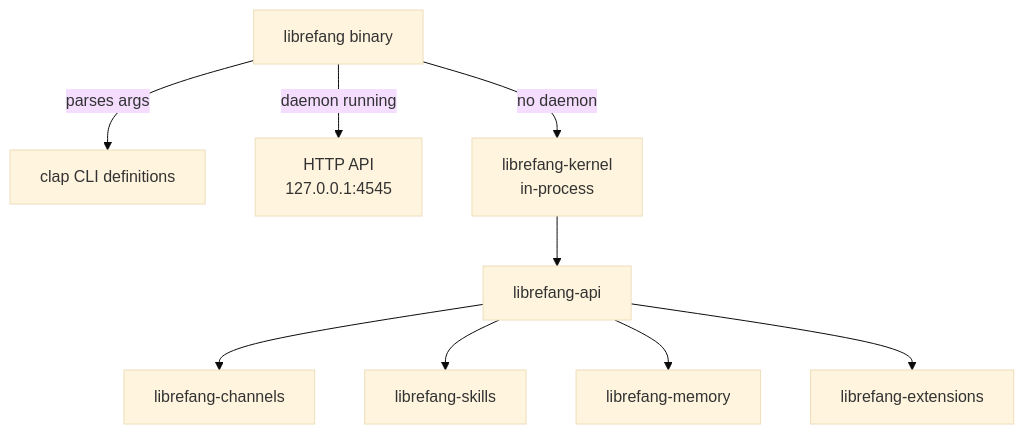
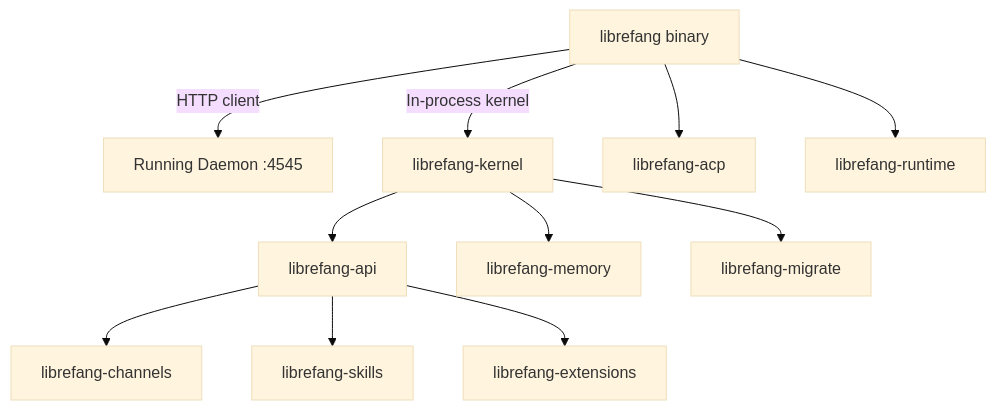
One commit to leszek3737/librefang-WIki changed the diagram in other-librefang-cli.md. Above: the diagram before and after it, drawn with Mermaid (base theme). The commit also changed other lines of this file and 70 other files, not shown here.

````diff
--- a/other-librefang-cli.md
+++ b/other-librefang-cli.md
@@ -16,11 +16,13 @@
 ```mermaid
 graph TD
-    CLI[librefang binary] -->|parses args| CLAP[clap CLI definitions]
-    CLI -->|daemon running| HTTP[HTTP API<br/>127.0.0.1:4545]
-    CLI -->|no daemon| KERNEL[librefang-kernel<br/>in-process]
+    CLI[librefang binary] -->|HTTP client| DAEMON[Running Daemon :4545]
+    CLI -->|In-process kernel| KERNEL[librefang-kernel]
     KERNEL --> API[librefang-api]
     API --> CHANNELS[librefang-channels]
     API --> SKILLS[librefang-skills]
-    API --> MEMORY[librefang-memory]
-    API --> EXT[librefang-extensions]
+    API --> EXTENSIONS[librefang-extensions]
+    KERNEL --> MEMORY[librefang-memory]
+    KERNEL --> MIGRATE[librefang-migrate]
+    CLI --> ACP[librefang-acp]
+    CLI --> RUNTIME[librefang-runtime]
 ```
````
